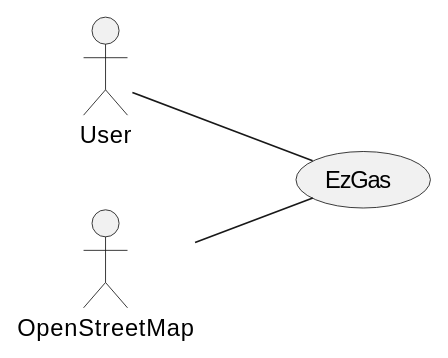
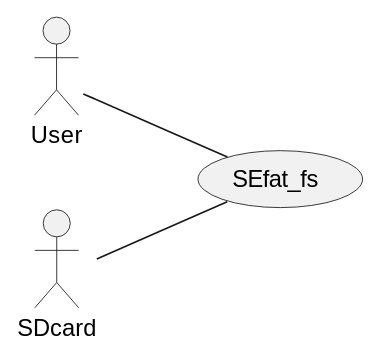
One commit to SEcube-Project/SEcube-SDK changed the first of 3 diagrams in RequirementsDocument.md. Above: the diagram before and after it, drawn with PlantUML. The commit also changed other lines of this file, not shown here.

````diff
--- a/RequirementsDocument.md
+++ b/RequirementsDocument.md
@@ -43,7 +39,7 @@
 ```plantuml
 left to right direction
 actor User as u
-actor OpenStreetMap as mp
-u -- (EzGas)
-mp --(EzGas)
+actor SDcard as mp
+u -- (SEfat_fs)
+mp --(SEfat_fs)
 ```
````
